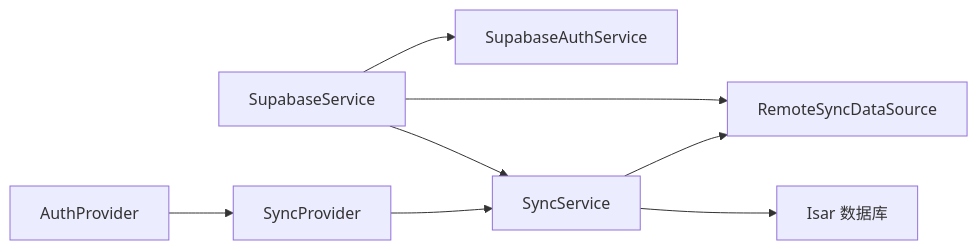
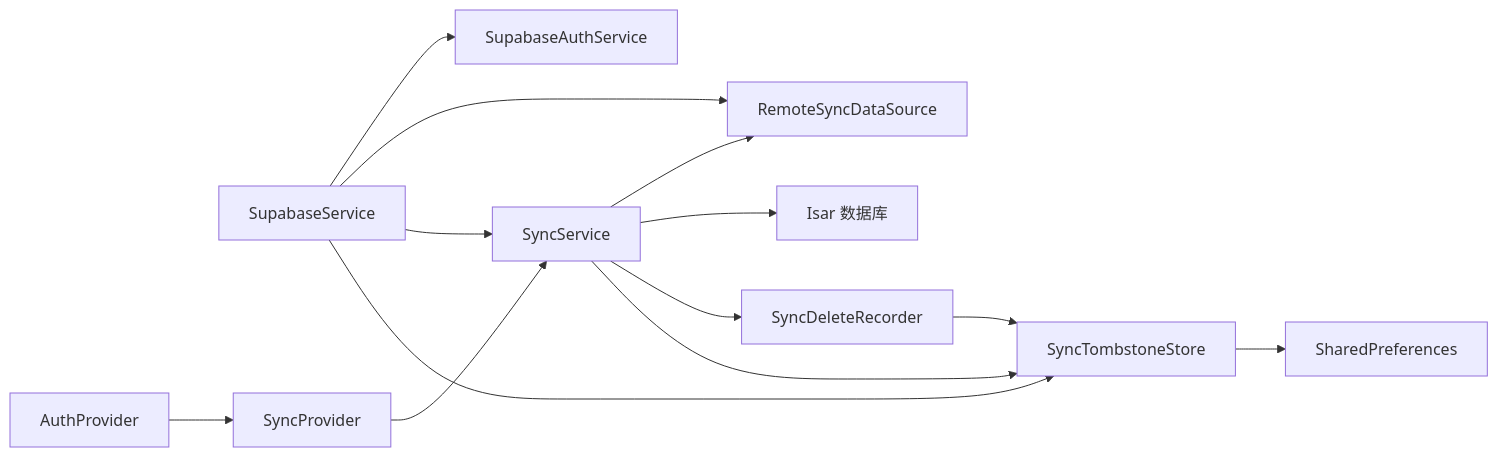
Before and after one commit to ZTfer/Tinycast: the sixth of 6 diagrams in .qoder/repowiki/zh/content/核心功能模块/云同步功能.md, drawn with Mermaid. The commit also changed other lines of this file and 210 other files, not shown here.

````diff
--- a/.qoder/repowiki/zh/content/核心功能模块/云同步功能.md
+++ b/.qoder/repowiki/zh/content/核心功能模块/云同步功能.md
@@ -250,10 +370,15 @@
 ```mermaid
 graph LR
 SupabaseService["SupabaseService"] --> AuthSvc["SupabaseAuthService"]
 SupabaseService --> RemoteDS["RemoteSyncDataSource"]
 SupabaseService --> SyncSvc["SyncService"]
+SupabaseService --> TombstoneStore["SyncTombstoneStore"]
 AuthProv["AuthProvider"] --> SyncProv["SyncProvider"]
 SyncProv --> SyncSvc
 SyncSvc --> RemoteDS
 SyncSvc --> Isar["Isar 数据库"]
+SyncSvc --> DeleteRecorder["SyncDeleteRecorder"]
+SyncSvc --> TombstoneStore
+DeleteRecorder --> TombstoneStore
+TombstoneStore --> Prefs["SharedPreferences"]
 ```
````
